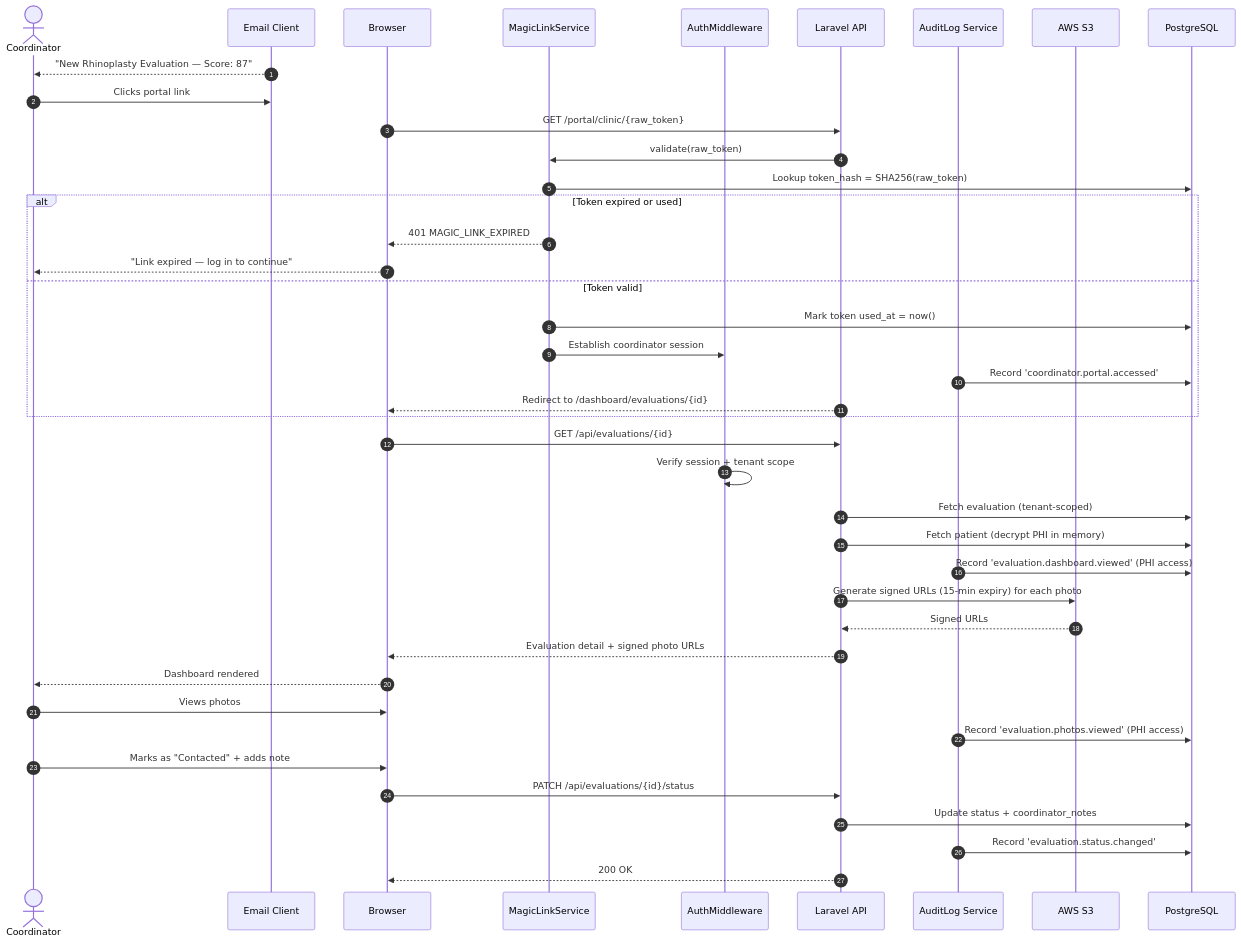
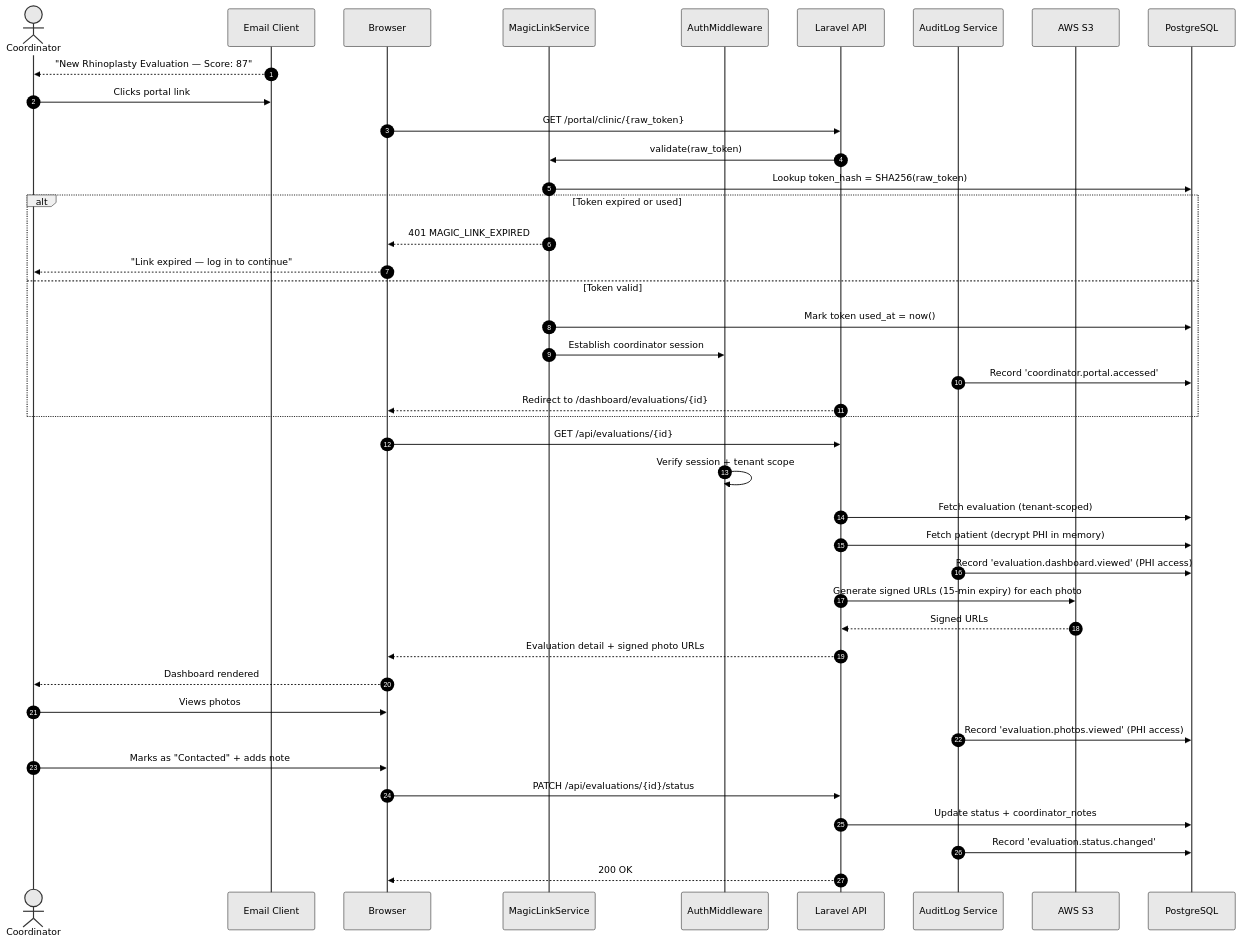
The third of 6 diagrams in docs/technical/sequences.md (mlytorres/aesthetic-ai), drawn with Mermaid before and after one commit. The commit also changed other lines of this file and 11 other files, not shown here.

Commit message:
docs and diagram updated, TwoFactorLoginResponse  updated

````diff
--- a/docs/technical/sequences.md
+++ b/docs/technical/sequences.md
@@ -147,53 +149,54 @@
 ```mermaid
+%%{init: {'theme': 'base', 'themeVariables': {'primaryColor': '#e8e8e8', 'primaryTextColor': '#000000', 'primaryBorderColor': '#333333', 'lineColor': '#000000', 'secondaryColor': '#f0f0f0', 'tertiaryColor': '#d0d0d0', 'actorBkg': '#e8e8e8', 'actorBorder': '#333333', 'actorTextColor': '#000000', 'actorLineColor': '#333333', 'signalColor': '#000000', 'signalTextColor': '#000000', 'labelBoxBkgColor': '#f0f0f0', 'labelBoxBorderColor': '#333333', 'labelTextColor': '#000000', 'loopTextColor': '#000000', 'noteBkgColor': '#f0f0f0', 'noteBorderColor': '#333333', 'noteTextColor': '#000000', 'activationBkgColor': '#d0d0d0', 'activationBorderColor': '#333333', 'sequenceNumberColor': '#ffffff', 'background': '#ffffff'}}}%%
 sequenceDiagram
     autonumber
 
     actor Coordinator
     participant Email as Email Client
     participant Browser as Browser
     participant MagicLink as MagicLinkService
     participant Auth as AuthMiddleware
     participant API as Laravel API
     participant AuditLog as AuditLog Service
     participant S3 as AWS S3
     participant DB as PostgreSQL
 
     Email-->>Coordinator: "New Rhinoplasty Evaluation — Score: 87"
     Coordinator->>Email: Clicks portal link
 
     Browser->>API: GET /portal/clinic/{raw_token}
     API->>MagicLink: validate(raw_token)
     MagicLink->>DB: Lookup token_hash = SHA256(raw_token)
 
     alt Token expired or used
         MagicLink-->>Browser: 401 MAGIC_LINK_EXPIRED
         Browser-->>Coordinator: "Link expired — log in to continue"
     else Token valid
         MagicLink->>DB: Mark token used_at = now()
         MagicLink->>Auth: Establish coordinator session
         AuditLog->>DB: Record 'coordinator.portal.accessed'
         API-->>Browser: Redirect to /dashboard/evaluations/{id}
     end
 
     Browser->>API: GET /api/evaluations/{id}
     Auth->>Auth: Verify session + tenant scope
 
     API->>DB: Fetch evaluation (tenant-scoped)
     API->>DB: Fetch patient (decrypt PHI in memory)
     AuditLog->>DB: Record 'evaluation.dashboard.viewed' (PHI access)
 
     API->>S3: Generate signed URLs (15-min expiry) for each photo
     S3-->>API: Signed URLs
 
     API-->>Browser: Evaluation detail + signed photo URLs
     Browser-->>Coordinator: Dashboard rendered
 
     Coordinator->>Browser: Views photos
     AuditLog->>DB: Record 'evaluation.photos.viewed' (PHI access)
 
     Coordinator->>Browser: Marks as "Contacted" + adds note
     Browser->>API: PATCH /api/evaluations/{id}/status
     API->>DB: Update status + coordinator_notes
     AuditLog->>DB: Record 'evaluation.status.changed'
     API-->>Browser: 200 OK
 ```
````
